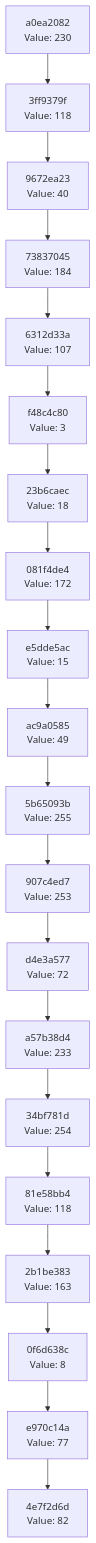
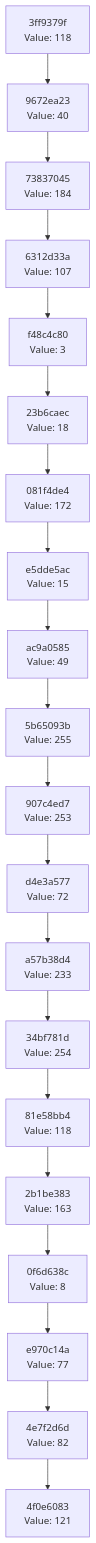
Before and after one commit to Abhisheksinha1506/hash-chain-evolver: the diagram in docs/CHAIN_VISUALIZATION.md, drawn with Mermaid. The commit also changed 2 other files, not shown here.

Commit message:
Evolution step: hash 0x79 → action executed

````diff
--- a/docs/CHAIN_VISUALIZATION.md
+++ b/docs/CHAIN_VISUALIZATION.md
@@ -3,42 +3,42 @@
 ```mermaid
 graph TD
-    C0["4e7f2d6d<br/>Value: 82"]
-    C1["e970c14a<br/>Value: 77"]
+    C0["4f0e6083<br/>Value: 121"]
+    C1["4e7f2d6d<br/>Value: 82"]
     C1 --> C0
-    C2["0f6d638c<br/>Value: 8"]
+    C2["e970c14a<br/>Value: 77"]
     C2 --> C1
-    C3["2b1be383<br/>Value: 163"]
+    C3["0f6d638c<br/>Value: 8"]
     C3 --> C2
-    C4["81e58bb4<br/>Value: 118"]
+    C4["2b1be383<br/>Value: 163"]
     C4 --> C3
-    C5["34bf781d<br/>Value: 254"]
+    C5["81e58bb4<br/>Value: 118"]
     C5 --> C4
-    C6["a57b38d4<br/>Value: 233"]
+    C6["34bf781d<br/>Value: 254"]
     C6 --> C5
-    C7["d4e3a577<br/>Value: 72"]
+    C7["a57b38d4<br/>Value: 233"]
     C7 --> C6
-    C8["907c4ed7<br/>Value: 253"]
+    C8["d4e3a577<br/>Value: 72"]
     C8 --> C7
-    C9["5b65093b<br/>Value: 255"]
+    C9["907c4ed7<br/>Value: 253"]
     C9 --> C8
-    C10["ac9a0585<br/>Value: 49"]
+    C10["5b65093b<br/>Value: 255"]
     C10 --> C9
-    C11["e5dde5ac<br/>Value: 15"]
+    C11["ac9a0585<br/>Value: 49"]
     C11 --> C10
-    C12["081f4de4<br/>Value: 172"]
+    C12["e5dde5ac<br/>Value: 15"]
     C12 --> C11
-    C13["23b6caec<br/>Value: 18"]
+    C13["081f4de4<br/>Value: 172"]
     C13 --> C12
-    C14["f48c4c80<br/>Value: 3"]
+    C14["23b6caec<br/>Value: 18"]
     C14 --> C13
-    C15["6312d33a<br/>Value: 107"]
+    C15["f48c4c80<br/>Value: 3"]
     C15 --> C14
-    C16["73837045<br/>Value: 184"]
+    C16["6312d33a<br/>Value: 107"]
     C16 --> C15
-    C17["9672ea23<br/>Value: 40"]
+    C17["73837045<br/>Value: 184"]
     C17 --> C16
-    C18["3ff9379f<br/>Value: 118"]
+    C18["9672ea23<br/>Value: 40"]
     C18 --> C17
-    C19["a0ea2082<br/>Value: 230"]
+    C19["3ff9379f<br/>Value: 118"]
     C19 --> C18
 ```
````
